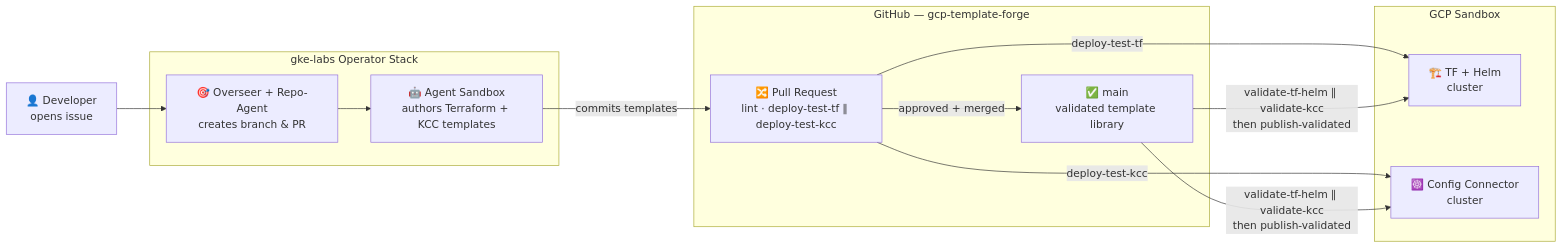
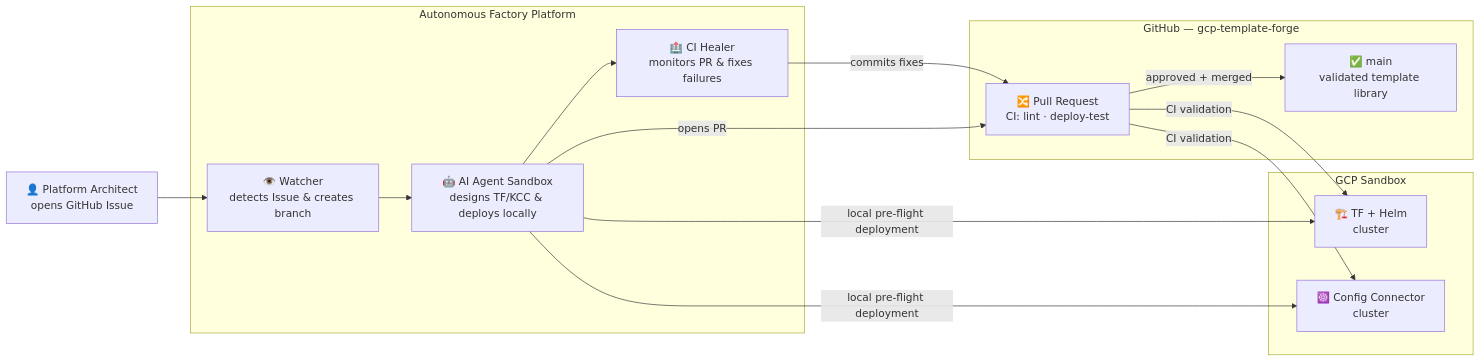
Before and after one commit to fkc1e100/gcp-template-forge: the diagram in README.md, drawn with Mermaid. The commit also changed other lines of this file, not shown here.

First line of the commit message:
docs: update README to reflect autonomous factory architecture

````diff
--- a/README.md
+++ b/README.md
@@ -17,28 +18,31 @@
 ```mermaid
 flowchart LR
-    DEV["👤 Developer\nopens issue"]
+    DEV["👤 Platform Architect\nopens GitHub Issue"]
 
-    subgraph OPS ["gke-labs Operator Stack"]
-        OV["🎯 Overseer + Repo-Agent\ncreates branch & PR"]
-        AG["🤖 Agent Sandbox\nauthors Terraform + KCC templates"]
-        OV --> AG
+    subgraph FACTORY ["Autonomous Factory Platform"]
+        WATCH["👁️ Watcher\ndetects Issue & creates branch"]
+        AG["🤖 AI Agent Sandbox\ndesigns TF/KCC & deploys locally"]
+        HEAL["🏥 CI Healer\nmonitors PR & fixes failures"]
+        WATCH --> AG
+        AG --> HEAL
     end
 
     subgraph GH ["GitHub — gcp-template-forge"]
-        PR["🔀 Pull Request\nlint · deploy-test-tf ∥ deploy-test-kcc"]
+        PR["🔀 Pull Request\nCI: lint · deploy-test"]
         MAIN["✅ main\nvalidated template library"]
+        HEAL -->|commits fixes| PR
         PR -->|approved + merged| MAIN
     end
 
     subgraph GCP ["GCP Sandbox"]
         TF["🏗️ TF + Helm\ncluster"]
         KCC["☸️ Config Connector\ncluster"]
     end
 
-    DEV --> OV
-    AG -->|commits templates| PR
-    PR -->|deploy-test-tf| TF
-    PR -->|deploy-test-kcc| KCC
-    MAIN -->|validate-tf-helm ∥ validate-kcc\nthen publish-validated| TF
-    MAIN -->|validate-tf-helm ∥ validate-kcc\nthen publish-validated| KCC
+    DEV --> WATCH
+    AG -->|local pre-flight deployment| TF
+    AG -->|local pre-flight deployment| KCC
+    AG -->|opens PR| PR
+    PR -->|CI validation| TF
+    PR -->|CI validation| KCC
 ```
````
